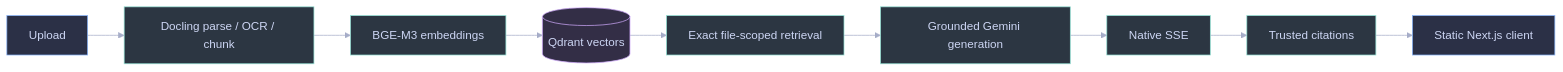
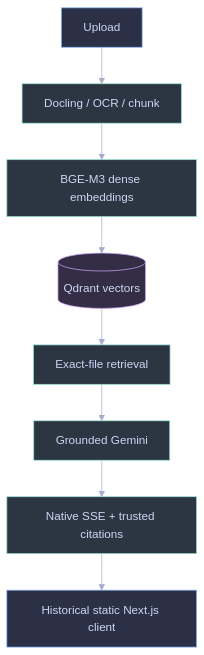
One commit to RyxnDmello/atlas changed the second of 7 diagrams in AGENTS.md. Above: the diagram before and after it, drawn with Mermaid. The commit also changed other lines of this file and 23 other files, not shown here.

````diff
--- a/AGENTS.md
+++ b/AGENTS.md
@@ -245,22 +206,21 @@
 ```mermaid
 %%{init: {'theme': 'base', 'themeVariables': {'background': '#1e1e2e', 'primaryColor': '#45475a', 'primaryTextColor': '#cdd6f4', 'primaryBorderColor': '#89b4fa', 'lineColor': '#a6adc8', 'secondaryColor': '#313244', 'tertiaryColor': '#181825', 'fontFamily': 'Inter, sans-serif'}}}%%
-flowchart LR
-    Upload["Upload"] --> Parse["Docling parse / OCR / chunk"]
-    Parse --> Embed["BGE-M3 embeddings"]
+flowchart TD
+    Upload["Upload"] --> Parse["Docling / OCR / chunk"]
+    Parse --> Embed["BGE-M3 dense embeddings"]
     Embed --> Qdrant[("Qdrant vectors")]
-    Qdrant --> Search["Exact file-scoped retrieval"]
-    Search --> Ground["Grounded Gemini generation"]
-    Ground --> SSE["Native SSE"]
-    SSE --> Cite["Trusted citations"]
-    Cite --> Client["Static Next.js client"]
+    Qdrant --> Search["Exact-file retrieval"]
+    Search --> Ground["Grounded Gemini"]
+    Ground --> SSE["Native SSE + trusted citations"]
+    SSE --> Client["Historical static Next.js client"]
     class Upload,Client client;
-    class Parse,Embed,Search,Ground,SSE,Cite service;
+    class Parse,Embed,Search,Ground,SSE service;
     class Qdrant storage;
     classDef client fill:#2b3046,stroke:#89b4fa,stroke-width:1px,color:#cdd6f4;
     classDef service fill:#2c3642,stroke:#94e2d5,stroke-width:1px,color:#cdd6f4;
     classDef storage fill:#332e46,stroke:#cba6f7,stroke-width:1px,color:#cdd6f4;
     classDef verified fill:#2e363c,stroke:#a6e3a1,stroke-width:1px,color:#cdd6f4;
     classDef planned fill:#30323f,stroke:#b4befe,stroke-width:1px,color:#cdd6f4;
     classDef caution fill:#38362e,stroke:#f9e2af,stroke-width:1px,color:#cdd6f4;
     classDef denied fill:#39303d,stroke:#f38ba8,stroke-width:1px,color:#cdd6f4;
 ```
````
